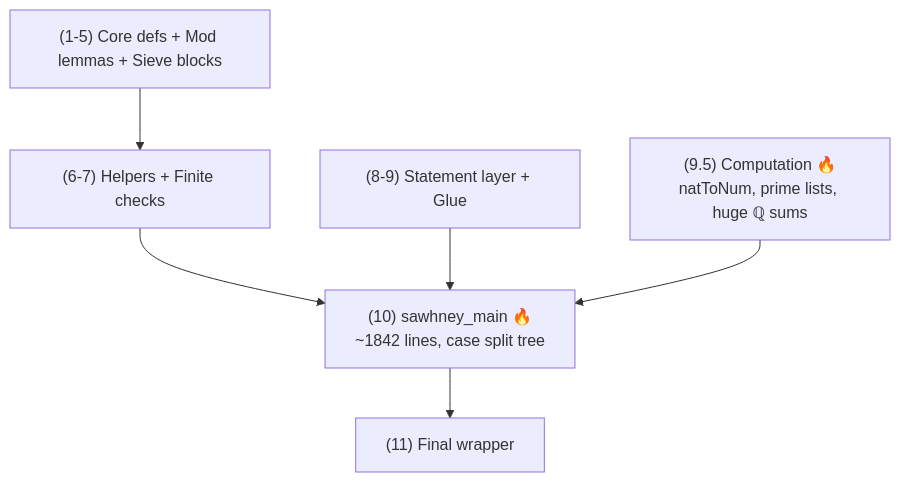
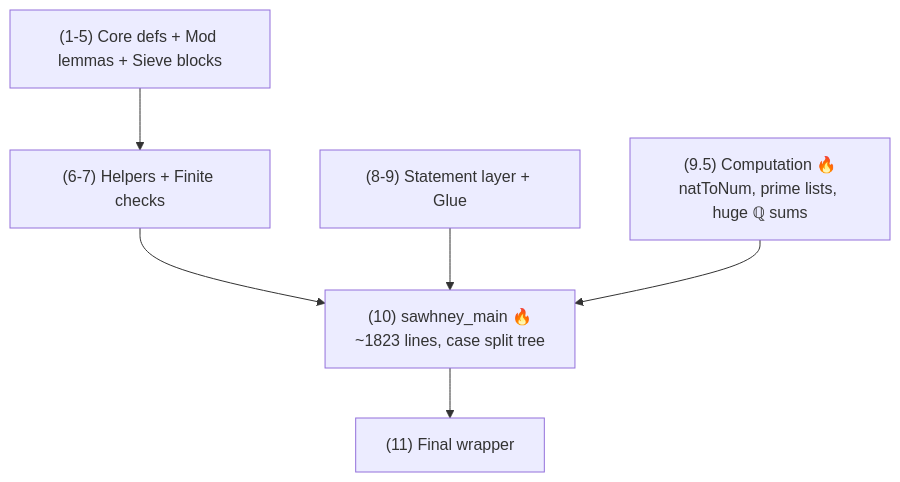
The diagram in formal/lean/Erdos/Problem848_REFACTOR_NOTES.md (research-developer/erdos-banger), drawn with Mermaid before and after one commit. The commit also changed other lines of this file, not shown here.

````diff
--- a/formal/lean/Erdos/Problem848_REFACTOR_NOTES.md
+++ b/formal/lean/Erdos/Problem848_REFACTOR_NOTES.md
@@ -87,9 +87,9 @@
 ```mermaid
 flowchart TD
     S1["(1-5) Core defs + Mod lemmas + Sieve blocks"] --> S6
     S6["(6-7) Helpers + Finite checks"] --> S10
     S8["(8-9) Statement layer + Glue"] --> S10
     S95["(9.5) Computation 🔥<br/>natToNum, prime lists, huge ℚ sums"] --> S10
-    S10["(10) sawhney_main 🔥<br/>~1842 lines, case split tree"] --> S11
+    S10["(10) sawhney_main 🔥<br/>~1823 lines, case split tree"] --> S11
     S11["(11) Final wrapper"]
 ```
````
